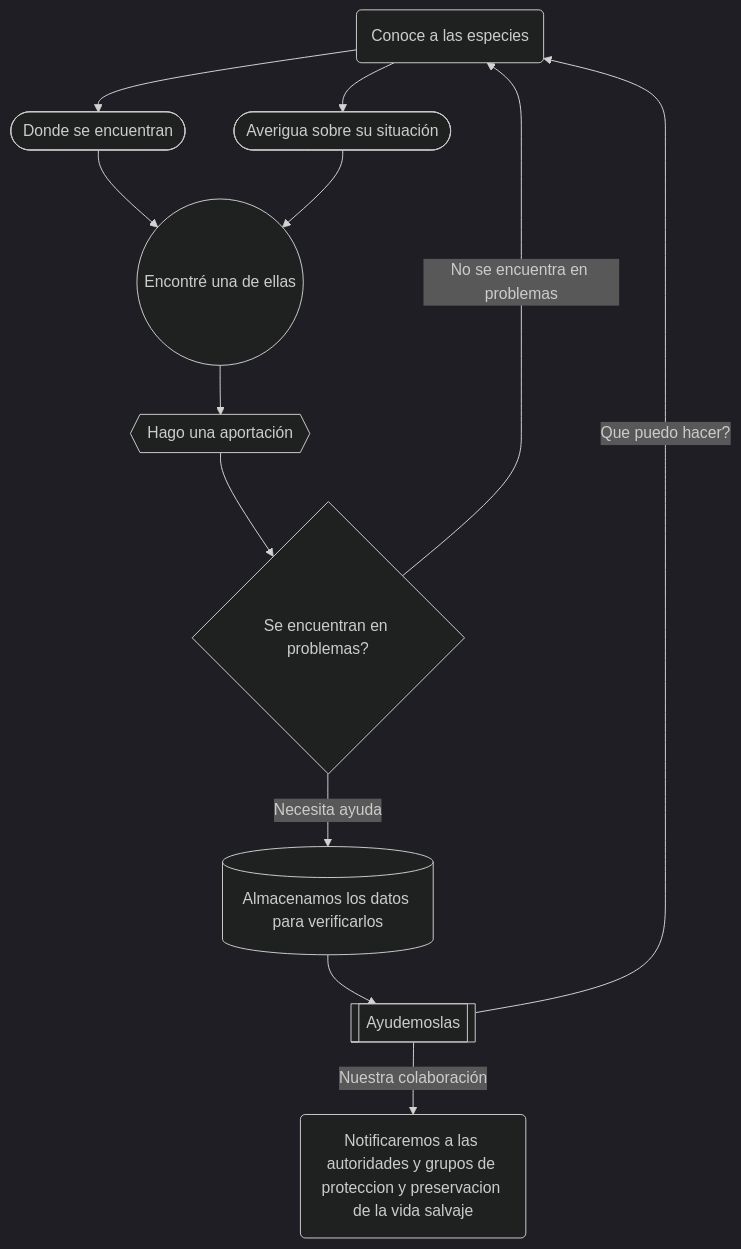
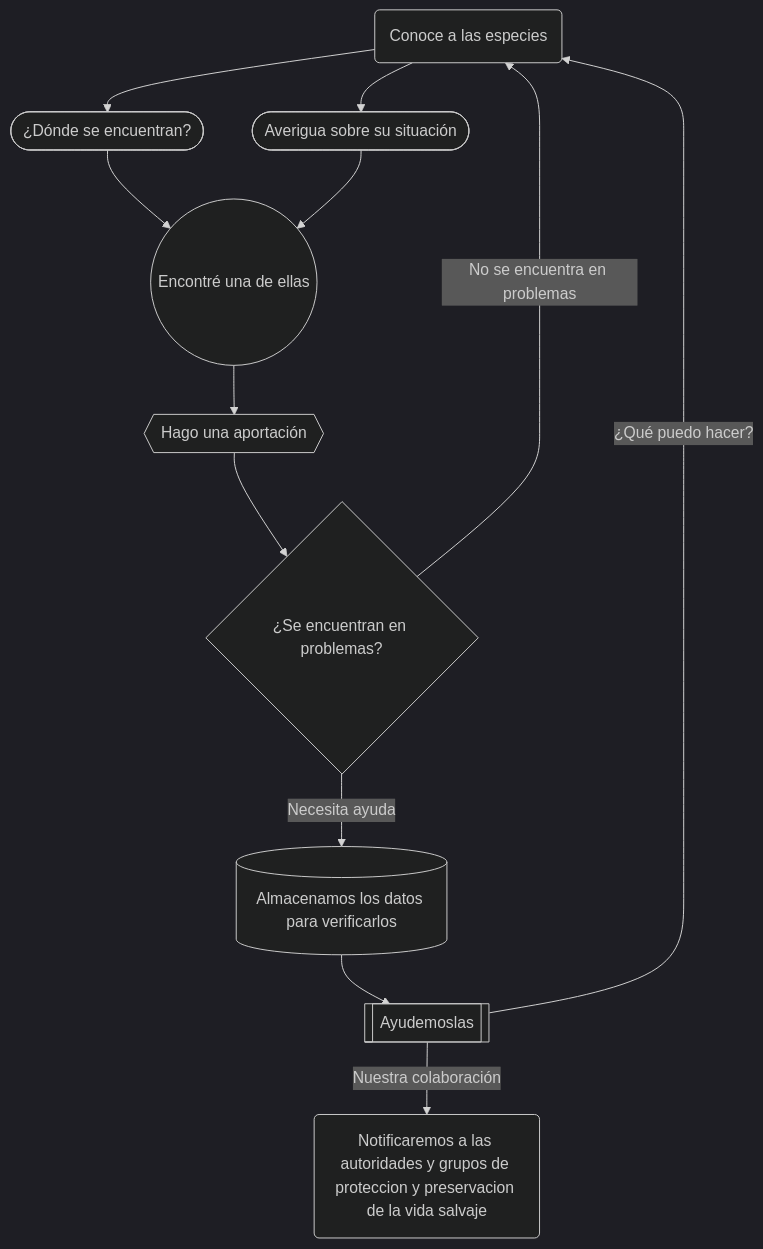
The first of 2 diagrams in README.md (martinGM05/Hack-The-Ocean-Front), drawn with Mermaid (dark theme) before and after one commit. The commit also changed other lines of this file, not shown here.

````diff
--- a/README.md
+++ b/README.md
@@ -30,16 +30,16 @@
 ```mermaid
 flowchart TB
-id1-->id2 & id7-->id3-->id5-->id4--Necesita ayuda-->id6-->id8--Que puedo hacer?-->id1
+id1-->id2 & id7-->id3-->id5-->id4--Necesita ayuda-->id6-->id8--¿Qué puedo hacer?-->id1
 id4--No se encuentra en problemas-->id1
 id8--Nuestra colaboración-->id9
  
 id1(Conoce a las especies)
-id2([Donde se encuentran])
+id2([¿Dónde se encuentran?])
 id3((Encontré una de ellas))
-id4{Se encuentran en problemas?}
+id4{¿Se encuentran en problemas?}
 id5{{Hago una aportación}}
 id6[(Almacenamos los datos para verificarlos)]
 id7([Averigua sobre su situación])
 id8[[Ayudemoslas]]
 id9(Notificaremos a las autoridades y grupos de proteccion y preservacion de la vida salvaje)
 ```
````
